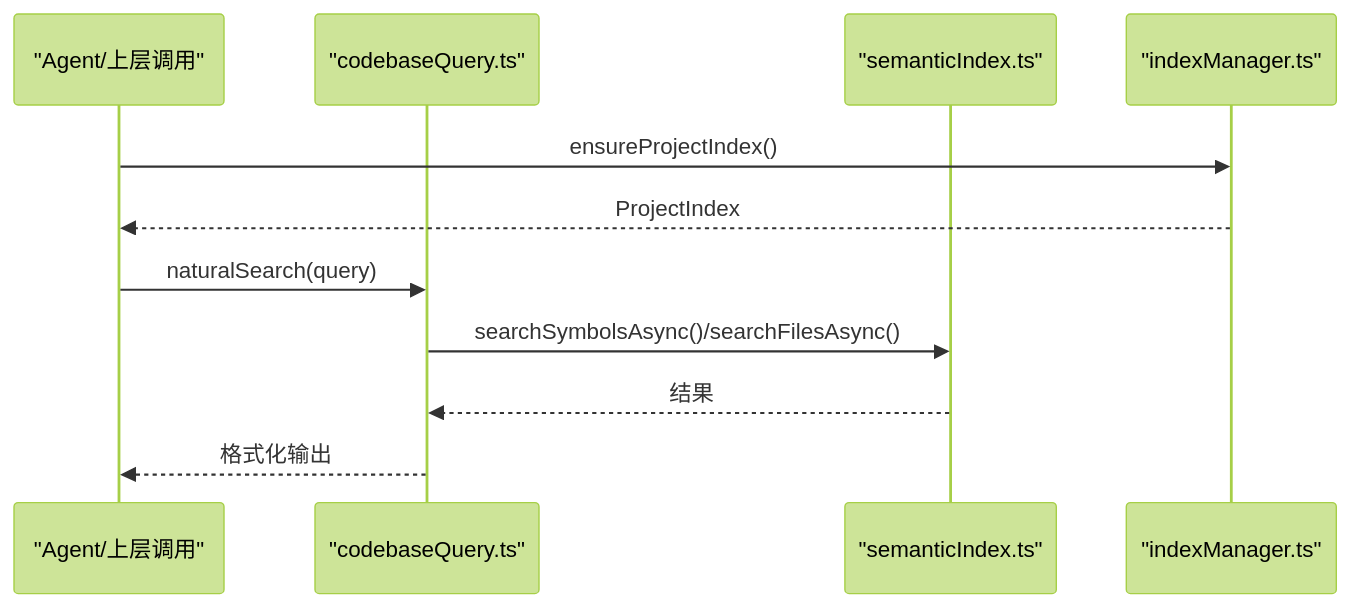
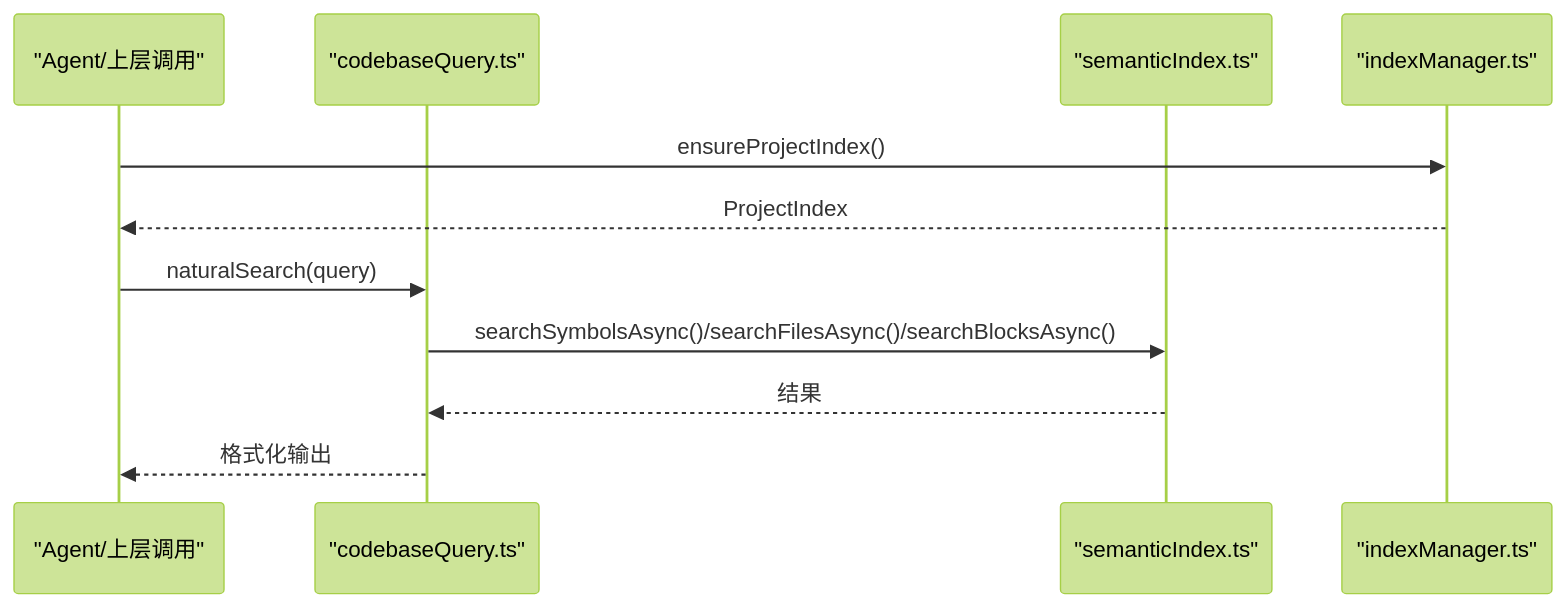
The fifth of 6 diagrams in .qoder/repowiki/zh/content/架构设计/代码库智能架构/语义索引构建.md (sofate798/KodrixCode), drawn with Mermaid (forest theme) before and after one commit. The commit also changed other lines of this file and 4 other files, not shown here.

````diff
--- a/.qoder/repowiki/zh/content/架构设计/代码库智能架构/语义索引构建.md
+++ b/.qoder/repowiki/zh/content/架构设计/代码库智能架构/语义索引构建.md
@@ -250,13 +284,13 @@
 ```mermaid
 sequenceDiagram
 participant A as "Agent/上层调用"
 participant Q as "codebaseQuery.ts"
 participant I as "semanticIndex.ts"
 participant M as "indexManager.ts"
 A->>M : ensureProjectIndex()
 M-->>A : ProjectIndex
 A->>Q : naturalSearch(query)
-Q->>I : searchSymbolsAsync()/searchFilesAsync()
+Q->>I : searchSymbolsAsync()/searchFilesAsync()/searchBlocksAsync()
 I-->>Q : 结果
 Q-->>A : 格式化输出
 ```
````
